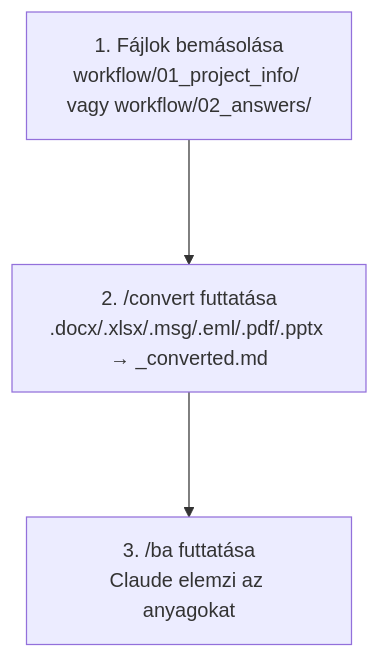
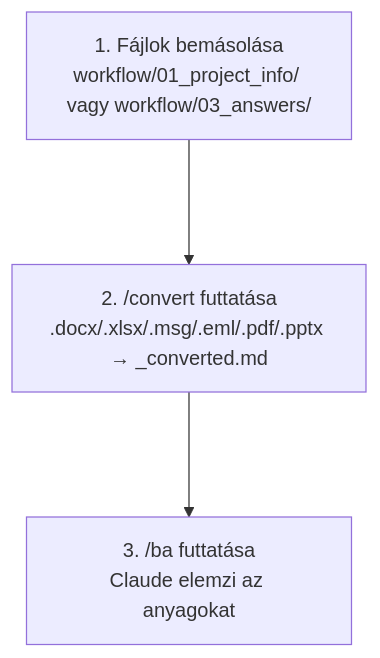
One commit to exphoenee/ba-team-docs changed the diagram in .claude/skills/convert/README.md. Above: the diagram before and after it, drawn with Mermaid. The commit also changed other lines of this file and 35 other files, not shown here.

````diff
--- a/.claude/skills/convert/README.md
+++ b/.claude/skills/convert/README.md
@@ -99,6 +99,6 @@
 ```mermaid
 %%{init: {'flowchart': { 'nodeSpacing': 50, 'rankSpacing': 100 } }}%%
 flowchart TD
-    A["1. Fájlok bemásolása\nworkflow/01_project_info/ vagy workflow/02_answers/"] --> B["2. /convert futtatása\n.docx/.xlsx/.msg/.eml/.pdf/.pptx → _converted.md"]
+    A["1. Fájlok bemásolása\nworkflow/01_project_info/ vagy workflow/03_answers/"] --> B["2. /convert futtatása\n.docx/.xlsx/.msg/.eml/.pdf/.pptx → _converted.md"]
     B --> C["3. /ba futtatása\nClaude elemzi az anyagokat"]
 ```
````
